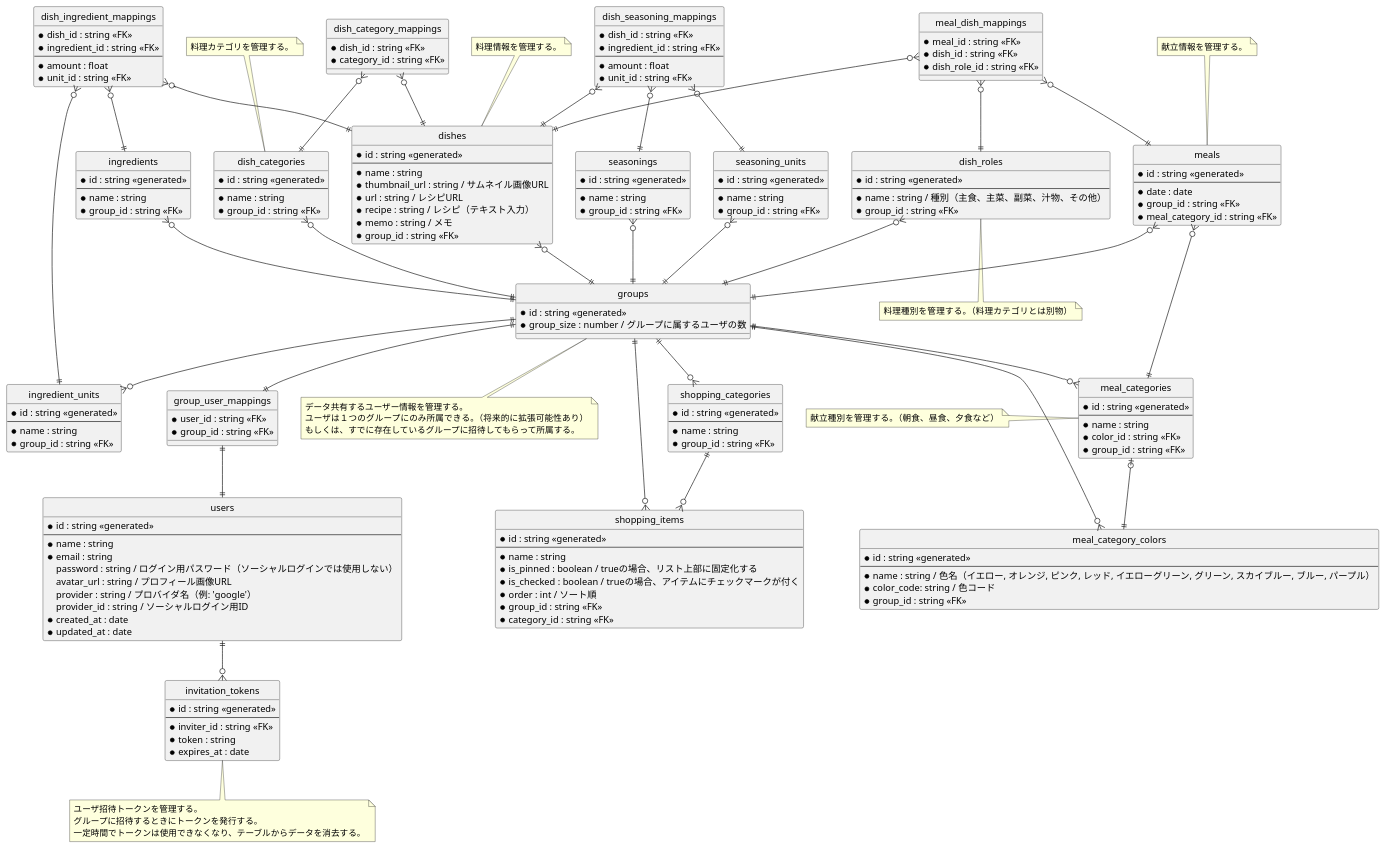
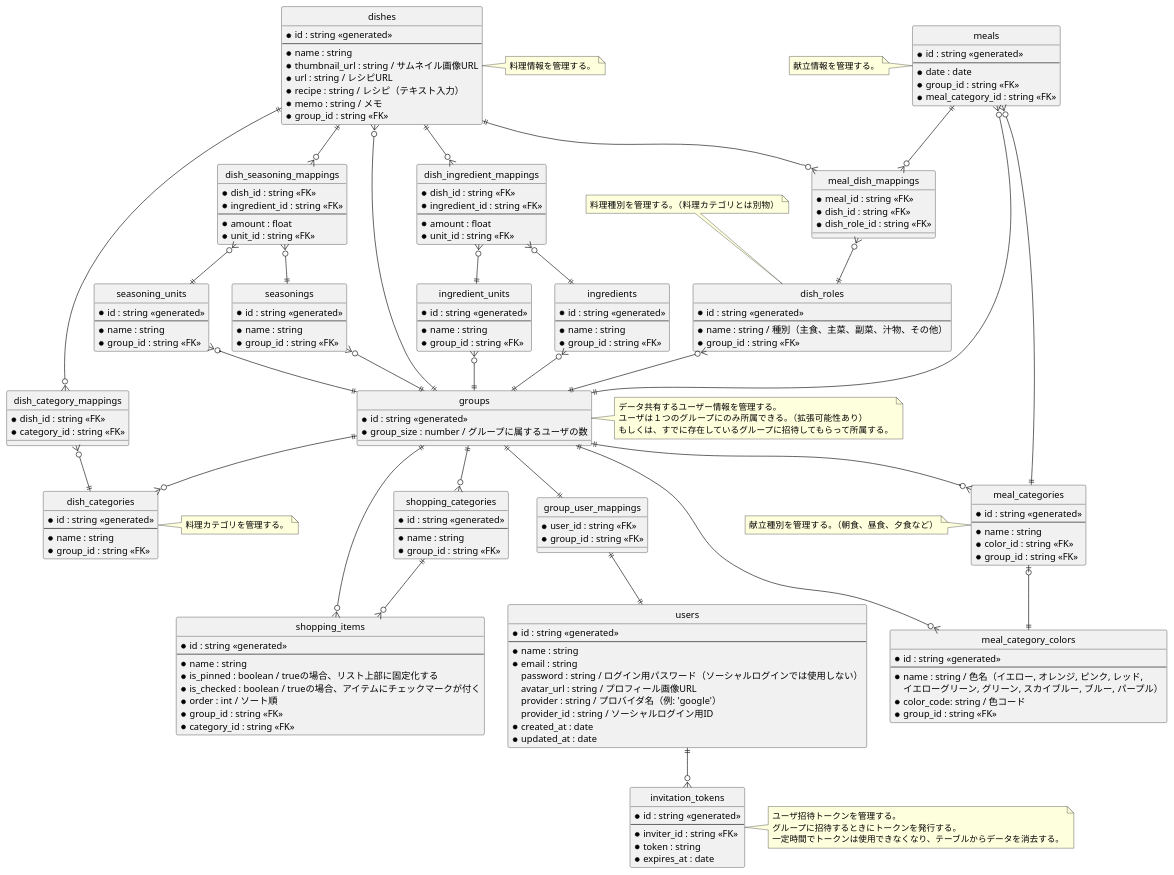
One commit to nanoha94/meap changed the diagram in server/docs/er.puml. Above: the diagram before and after it, drawn with PlantUML. The commit also changed 2 other files, not shown here.

Commit message:
ER図調整

```diff
--- a/server/docs/er.puml
+++ b/server/docs/er.puml
@@ -106,7 +106,8 @@
 entity meal_category_colors {
     * id : string <<generated>>
     --
-    * name : string / 色名（イエロー, オレンジ, ピンク, レッド, イエローグリーン, グリーン, スカイブルー, ブルー, パープル）
+    * name : string / 色名（イエロー, オレンジ, ピンク, レッド, 
+        イエローグリーン, グリーン, スカイブルー, ブルー, パープル）
     * color_code: string / 色コード
     * group_id : string <<FK>>
 }
@@ -172,34 +173,34 @@
 meals }o--|| meal_categories
 dish_roles }o--|| groups
 dishes }o--|| groups
-meal_dish_mappings }o--|| meals
-meal_dish_mappings }o--|| dishes
+meals ||--o{ meal_dish_mappings
+dishes ||--o{ meal_dish_mappings
 meal_dish_mappings }o--|| dish_roles
 
-dish_categories }o--|| groups
-dish_category_mappings }o--|| dishes
+groups ||--o{ dish_categories
+dishes ||--o{ dish_category_mappings
 dish_category_mappings }o--|| dish_categories
 
 ingredients }o--|| groups
-groups ||--o{ ingredient_units
-dish_ingredient_mappings }o--|| dishes
+ingredient_units }o--|| groups
+dishes ||--o{ dish_ingredient_mappings
 dish_ingredient_mappings }o--|| ingredients
 dish_ingredient_mappings }o--|| ingredient_units
 
 seasonings }o--|| groups
 seasoning_units }o--|| groups
-dish_seasoning_mappings }o--|| dishes
+dishes ||--o{ dish_seasoning_mappings
 dish_seasoning_mappings }o--|| seasonings
 dish_seasoning_mappings }o--|| seasoning_units
 
 
-note bottom of groups
+note right of groups
   データ共有するユーザー情報を管理する。
-  ユーザは１つのグループにのみ所属できる。（将来的に拡張可能性あり）
+  ユーザは１つのグループにのみ所属できる。（拡張可能性あり）
   もしくは、すでに存在しているグループに招待してもらって所属する。
 end note
 
-note top of meals
+note left of meals
   献立情報を管理する。
 end note
 
@@ -207,19 +208,19 @@
   献立種別を管理する。（朝食、昼食、夕食など）
 end note
 
-note top of dishes
+note right of dishes
   料理情報を管理する。
 end note
 
-note bottom of dish_roles
+note top of dish_roles
   料理種別を管理する。（料理カテゴリとは別物）
 end note
 
-note top of dish_categories
+note right of dish_categories
   料理カテゴリを管理する。
 end note
 
-note bottom of invitation_tokens
+note right of invitation_tokens
   ユーザ招待トークンを管理する。
   グループに招待するときにトークンを発行する。
   一定時間でトークンは使用できなくなり、テーブルからデータを消去する。
```
